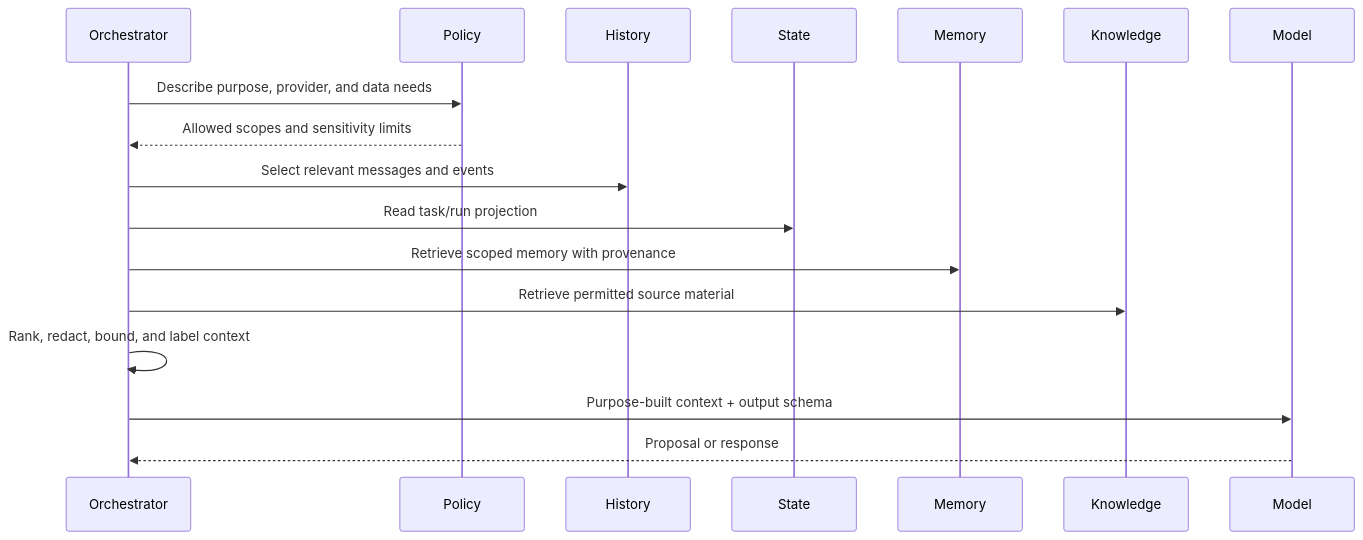
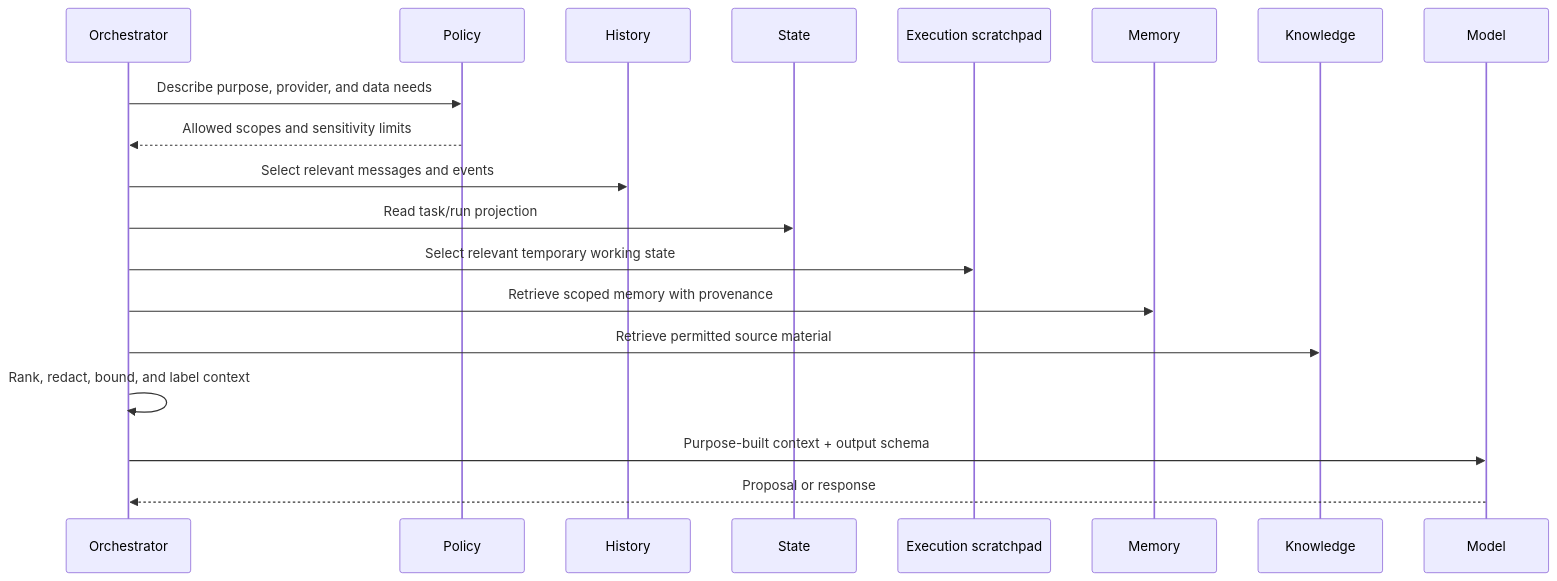
One commit to 4romgod/vera changed the second of 4 diagrams in docs/memory-and-context.md. Above: the diagram before and after it, drawn with Mermaid. The commit also changed other lines of this file and 19 other files, not shown here.

````diff
--- a/docs/memory-and-context.md
+++ b/docs/memory-and-context.md
@@ -151,20 +190,22 @@
 ```mermaid
 sequenceDiagram
     participant Orch as Orchestrator
     participant Policy
     participant History
     participant State
+    participant WorkingSet as Execution scratchpad
     participant Memory
     participant Knowledge
     participant Model
 
     Orch->>Policy: Describe purpose, provider, and data needs
     Policy-->>Orch: Allowed scopes and sensitivity limits
     Orch->>History: Select relevant messages and events
     Orch->>State: Read task/run projection
+    Orch->>WorkingSet: Select relevant temporary working state
     Orch->>Memory: Retrieve scoped memory with provenance
     Orch->>Knowledge: Retrieve permitted source material
     Orch->>Orch: Rank, redact, bound, and label context
     Orch->>Model: Purpose-built context + output schema
     Model-->>Orch: Proposal or response
 ```
````
